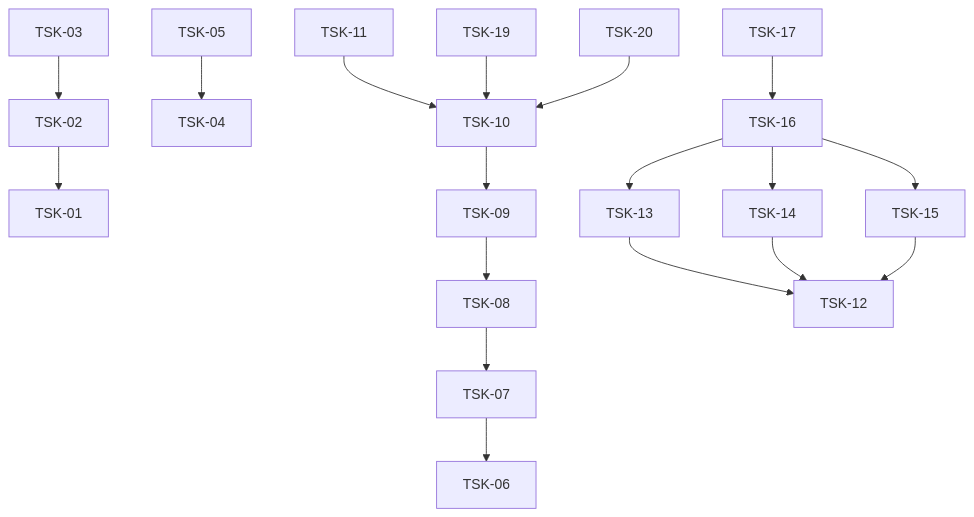
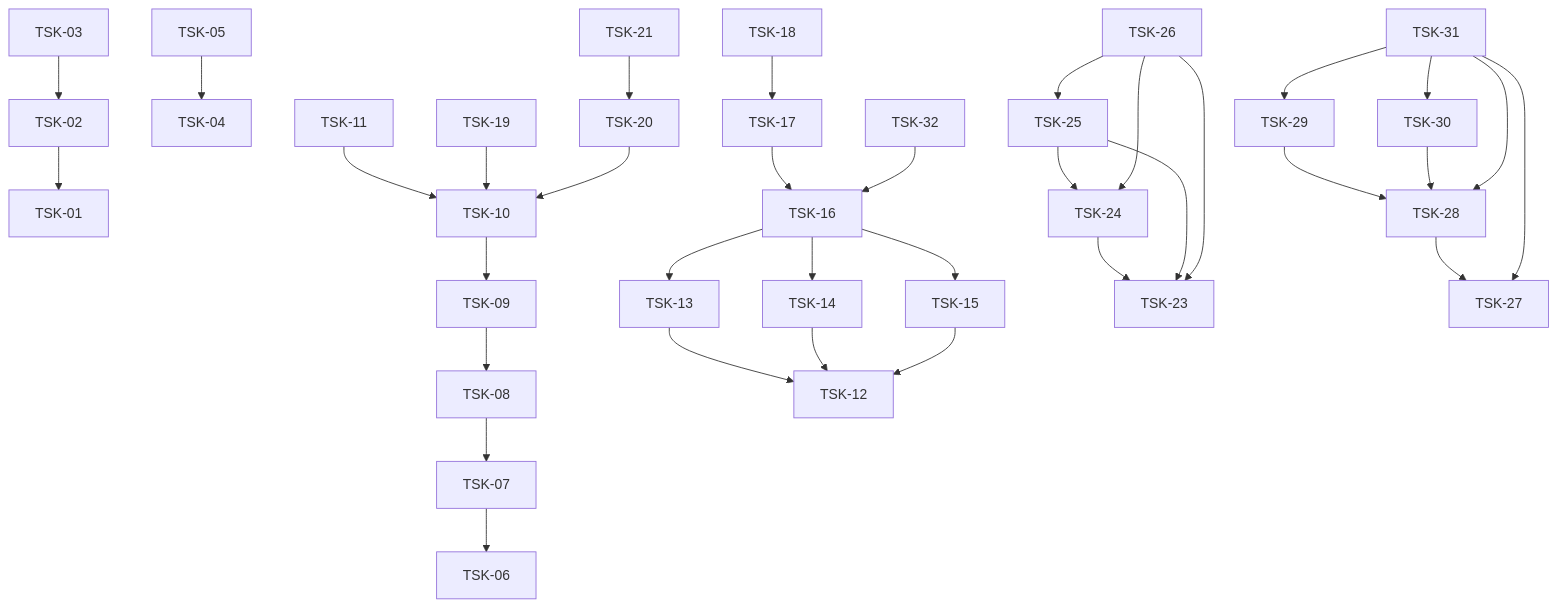
One commit to RubaXa/gennady changed the diagram in tasks/README.md. Above: the diagram before and after it, drawn with Mermaid. The commit also changed other lines of this file and 104 other files, not shown here.

````diff
--- a/tasks/README.md
+++ b/tasks/README.md
@@ -60,20 +60,36 @@
 ```mermaid
 graph TD
     TSK-02 --> TSK-01
     TSK-03 --> TSK-02
     TSK-05 --> TSK-04
     TSK-07 --> TSK-06
     TSK-08 --> TSK-07
     TSK-09 --> TSK-08
     TSK-10 --> TSK-09
     TSK-11 --> TSK-10
     TSK-19 --> TSK-10
     TSK-20 --> TSK-10
+    TSK-21 --> TSK-20
     TSK-13 --> TSK-12
     TSK-14 --> TSK-12
     TSK-15 --> TSK-12
     TSK-16 --> TSK-13
     TSK-16 --> TSK-14
     TSK-16 --> TSK-15
     TSK-17 --> TSK-16
+    TSK-18 --> TSK-17
+    TSK-32 --> TSK-16
+    TSK-24 --> TSK-23
+    TSK-25 --> TSK-23
+    TSK-25 --> TSK-24
+    TSK-26 --> TSK-23
+    TSK-26 --> TSK-24
+    TSK-26 --> TSK-25
+    TSK-28 --> TSK-27
+    TSK-29 --> TSK-28
+    TSK-30 --> TSK-28
+    TSK-31 --> TSK-27
+    TSK-31 --> TSK-28
+    TSK-31 --> TSK-29
+    TSK-31 --> TSK-30
 ```
````
